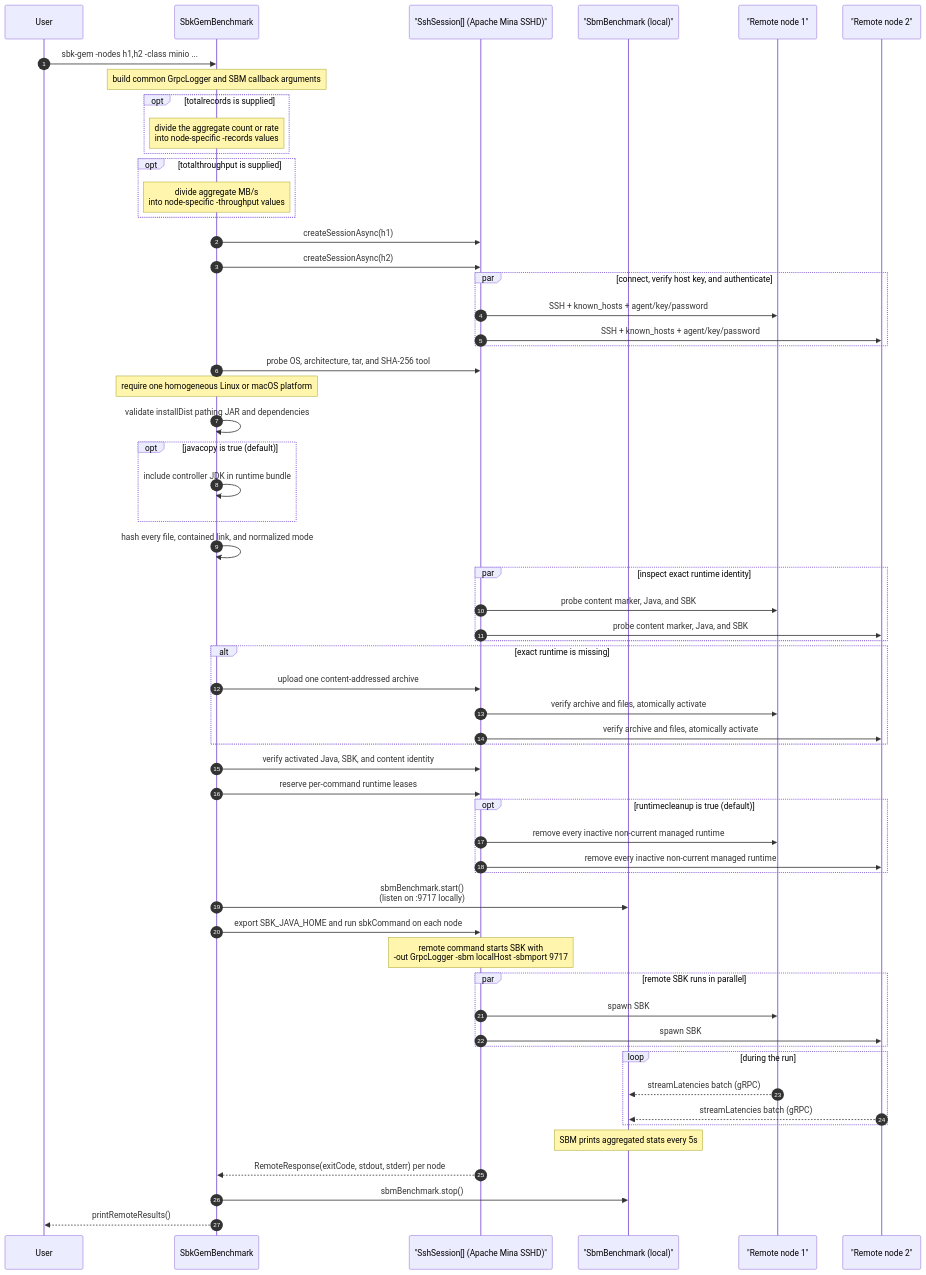
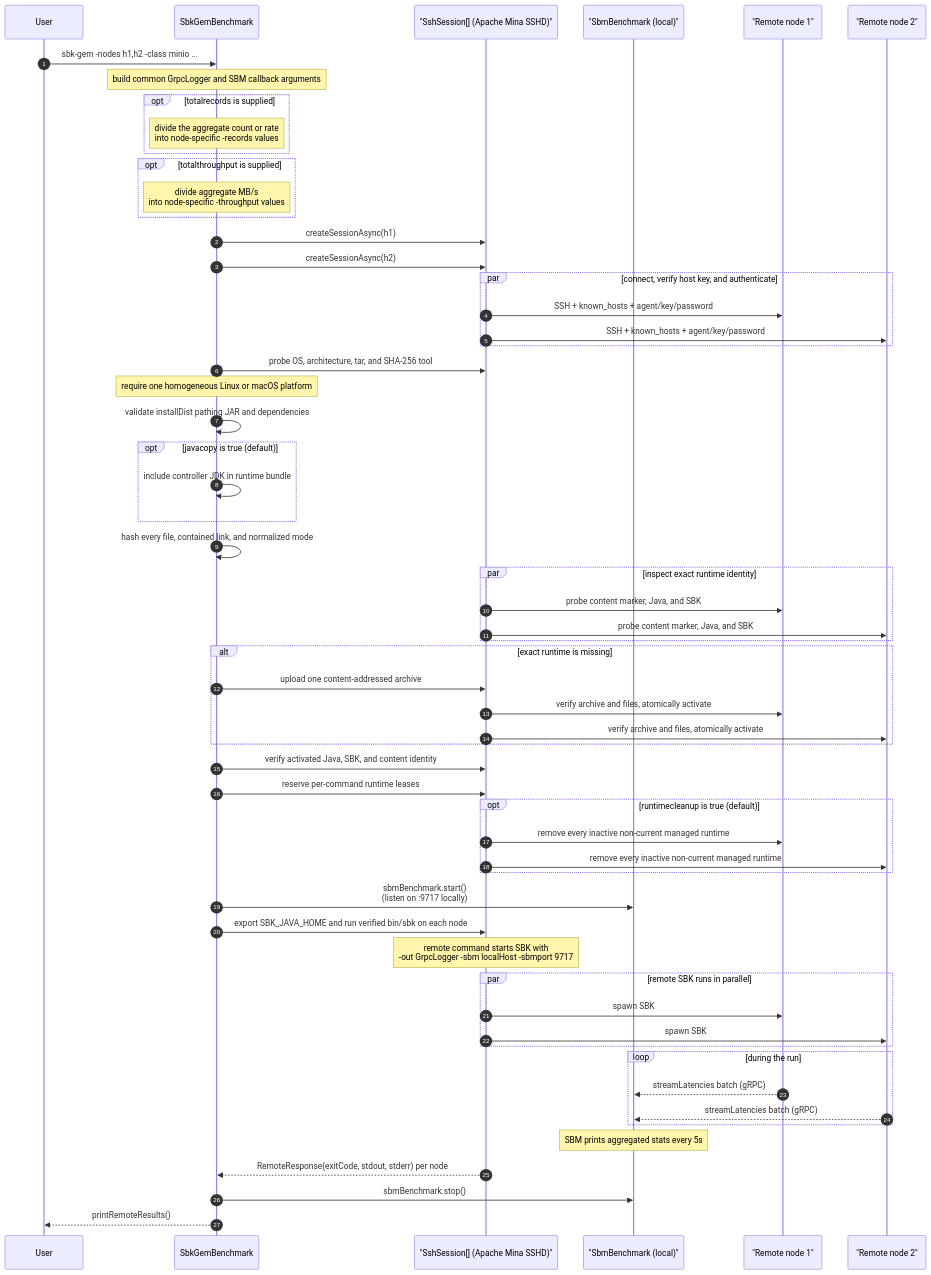
One commit to kmgowda/SBK changed diagram 27 of 43 in docs/sbk-internals.md. Above: the diagram before and after it, drawn with Mermaid. The commit also changed 18 other files, not shown here.

Commit message:
Remove configurable SBK-GEM launcher

````diff
--- a/docs/sbk-internals.md
+++ b/docs/sbk-internals.md
@@ -1901,68 +1901,68 @@
 ```mermaid
 sequenceDiagram
     autonumber
     participant User
     participant GEM as SbkGemBenchmark
     participant SSH as "SshSession[] (Apache Mina SSHD)"
     participant SBM as "SbmBenchmark (local)"
     participant N1 as "Remote node 1"
     participant N2 as "Remote node 2"
 
     User->>GEM: sbk-gem -nodes h1,h2 -class minio ...
     Note over GEM: build common GrpcLogger and SBM callback arguments
     opt totalrecords is supplied
         Note over GEM: divide the aggregate count or rate<br/>into node-specific -records values
     end
     opt totalthroughput is supplied
         Note over GEM: divide aggregate MB/s<br/>into node-specific -throughput values
     end
     GEM->>SSH: createSessionAsync(h1)
     GEM->>SSH: createSessionAsync(h2)
     par connect, verify host key, and authenticate
         SSH->>N1: SSH + known_hosts + agent/key/password
         SSH->>N2: SSH + known_hosts + agent/key/password
     end
 
     GEM->>SSH: probe OS, architecture, tar, and SHA-256 tool
     Note over GEM: require one homogeneous Linux or macOS platform
     GEM->>GEM: validate installDist pathing JAR and dependencies
     opt javacopy is true (default)
         GEM->>GEM: include controller JDK in runtime bundle
     end
     GEM->>GEM: hash every file, contained link, and normalized mode
     par inspect exact runtime identity
         SSH->>N1: probe content marker, Java, and SBK
         SSH->>N2: probe content marker, Java, and SBK
     end
     alt exact runtime is missing
         GEM->>SSH: upload one content-addressed archive
         SSH->>N1: verify archive and files, atomically activate
         SSH->>N2: verify archive and files, atomically activate
     end
     GEM->>SSH: verify activated Java, SBK, and content identity
     GEM->>SSH: reserve per-command runtime leases
     opt runtimecleanup is true (default)
         SSH->>N1: remove every inactive non-current managed runtime
         SSH->>N2: remove every inactive non-current managed runtime
     end
 
     GEM->>SBM: sbmBenchmark.start()<br/>(listen on :9717 locally)
-    GEM->>SSH: export SBK_JAVA_HOME and run sbkCommand on each node
+    GEM->>SSH: export SBK_JAVA_HOME and run verified bin/sbk on each node
     Note over SSH: remote command starts SBK with<br/>-out GrpcLogger -sbm localHost -sbmport 9717
 
     par remote SBK runs in parallel
         SSH->>N1: spawn SBK
         SSH->>N2: spawn SBK
     end
 
     loop during the run
         N1-->>SBM: streamLatencies batch (gRPC)
         N2-->>SBM: streamLatencies batch (gRPC)
     end
 
     Note over SBM: SBM prints aggregated stats every 5s
 
     SSH-->>GEM: RemoteResponse(exitCode, stdout, stderr) per node
     GEM->>SBM: sbmBenchmark.stop()
 GEM-->>User: printRemoteResults()
 ```
````
